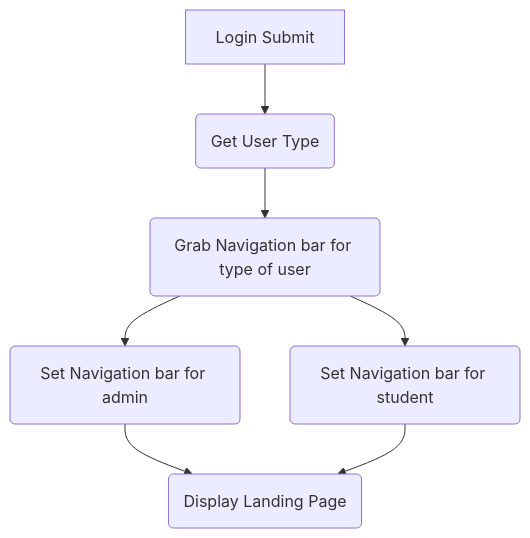
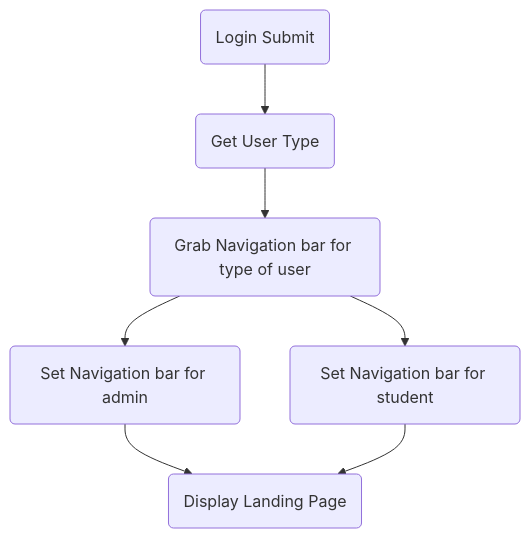
The diagram in documentation.md (mihaicc30/LinkedRoomies), drawn with Mermaid before and after one commit. The commit also changed 17 other files, not shown here.

````diff
--- a/documentation.md
+++ b/documentation.md
@@ -58,13 +58,13 @@
 ```mermaid
 graph TD
-A[Login Submit]  --> B(Get User Type)
+A(Login Submit)  --> B(Get User Type)
 
 B --> C(Grab Navigation bar for type of user)
 
 C --> D(Set Navigation bar for admin)
 C --> E(Set Navigation bar for student)
 
 D --> G(Display Landing Page)
 
 E --> G(Display Landing Page)
 ```
````
